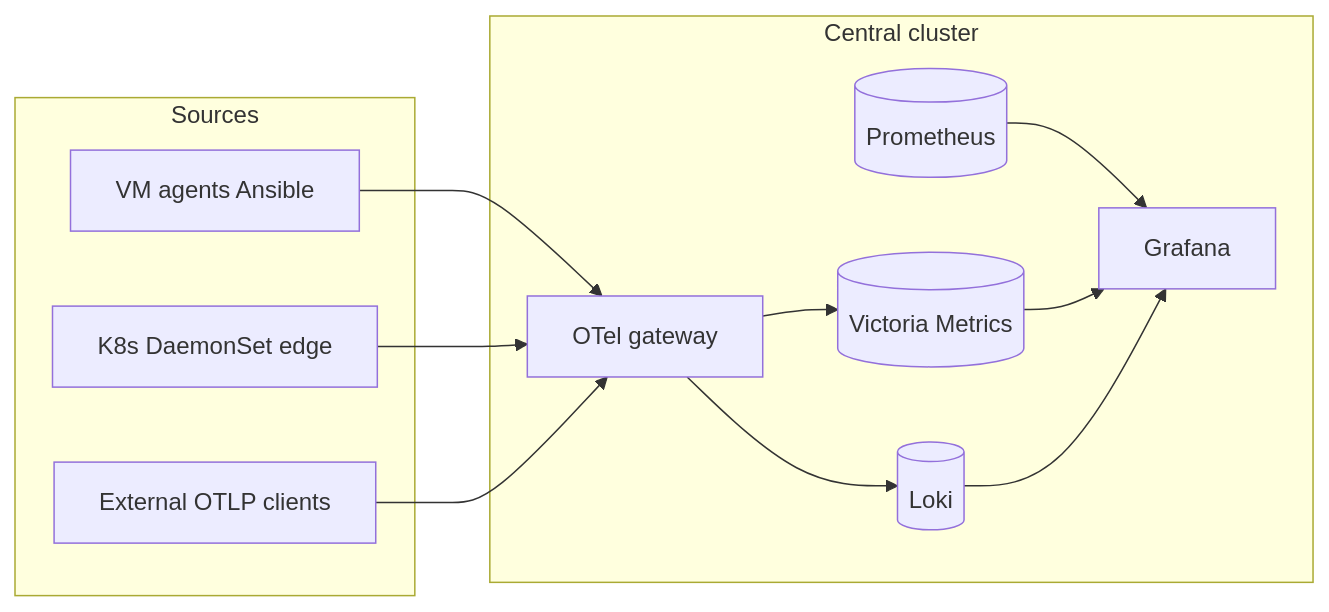
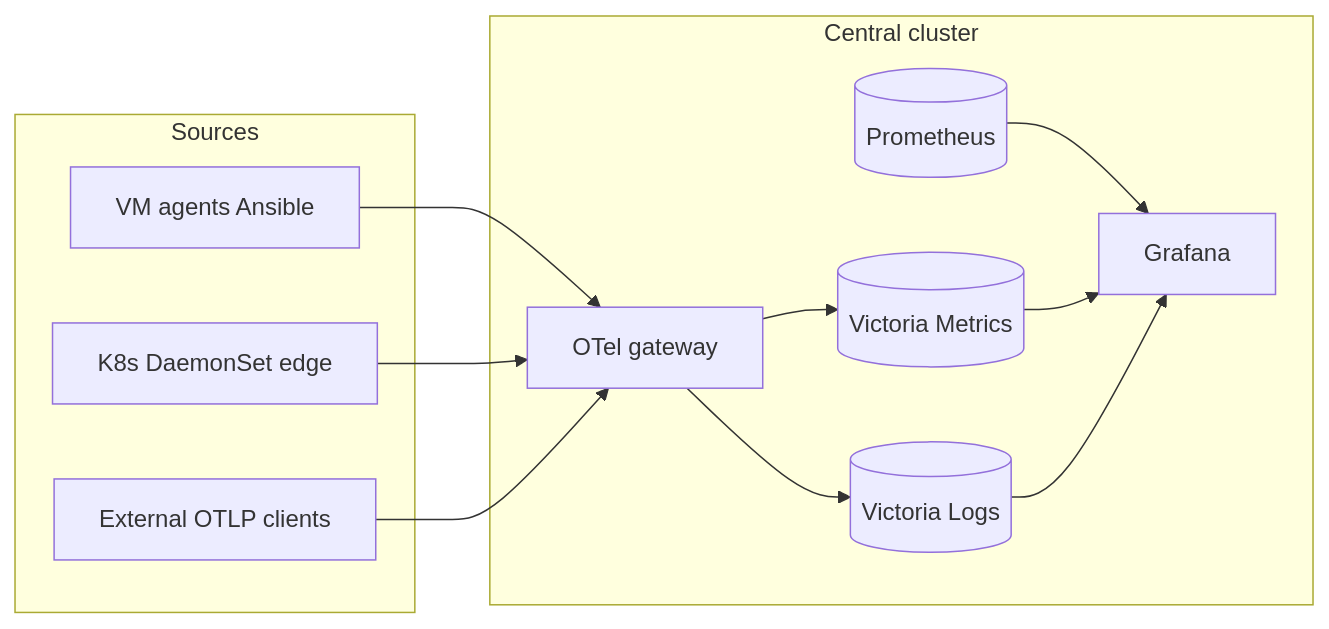
The diagram in observability/ARCHITECTURE.md (dcaffese-cypher/observability-security-stack), drawn with Mermaid before and after one commit. The commit also changed other lines of this file and 10 other files, not shown here.

````diff
--- a/observability/ARCHITECTURE.md
+++ b/observability/ARCHITECTURE.md
@@ -20,23 +24,23 @@
 ```mermaid
 flowchart LR
   subgraph sources["Sources"]
     VM[VM agents Ansible]
     K8S[K8s DaemonSet edge]
     CLOUD[External OTLP clients]
   end
   subgraph central["Central cluster"]
     GW[OTel gateway]
     VMstore[(Victoria Metrics)]
-    Loki[(Loki)]
+    VL[(Victoria Logs)]
     Prom[(Prometheus)]
     Graf[Grafana]
   end
   VM --> GW
   K8S --> GW
   CLOUD --> GW
   GW --> VMstore
-  GW --> Loki
+  GW --> VL
   Prom --> Graf
   VMstore --> Graf
-  Loki --> Graf
+  VL --> Graf
 ```
````
